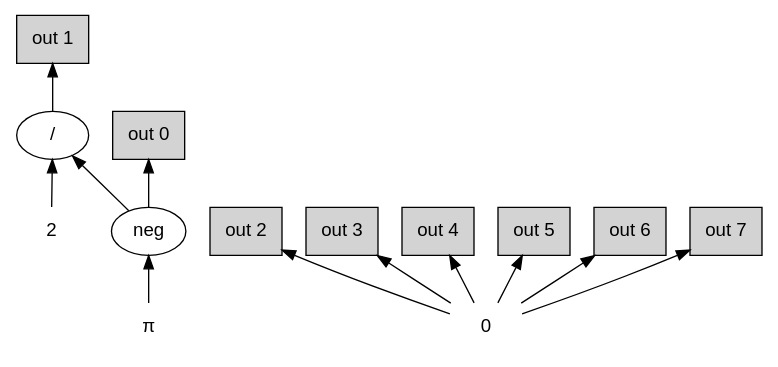
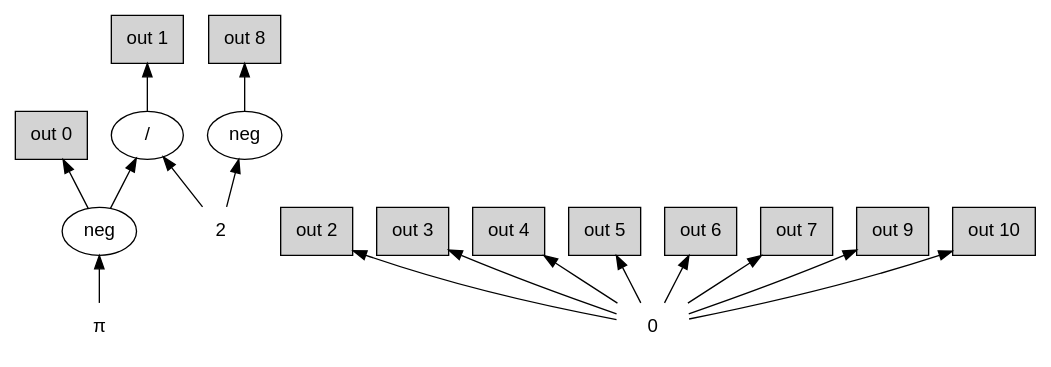
The diagram in tutorials/hashemi_ccc/dot/obsLo.dot (faezs/ARTIST), drawn with Graphviz before and after one commit. The commit also changed 106 other files, not shown here.

```diff
--- a/tutorials/hashemi_ccc/dot/obsLo.dot
+++ b/tutorials/hashemi_ccc/dot/obsLo.dot
@@ -1,19 +1,24 @@
 digraph "TandoorHashemi.obsLo" {
   rankdir=BT;
   node [fontname=Helvetica];
   n0 [label="π", shape=plaintext];
   n1 [label="neg", shape=ellipse];
   n0 -> n1;
   n2 [label="2", shape=plaintext];
   n3 [label="/", shape=ellipse];
   n1 -> n3; n2 -> n3;
   n4 [label="0", shape=plaintext];
+  n5 [label="neg", shape=ellipse];
+  n2 -> n5;
   out0 [label="out 0", shape=box, style=filled, fillcolor=lightgrey]; n1 -> out0;
   out1 [label="out 1", shape=box, style=filled, fillcolor=lightgrey]; n3 -> out1;
   out2 [label="out 2", shape=box, style=filled, fillcolor=lightgrey]; n4 -> out2;
   out3 [label="out 3", shape=box, style=filled, fillcolor=lightgrey]; n4 -> out3;
   out4 [label="out 4", shape=box, style=filled, fillcolor=lightgrey]; n4 -> out4;
   out5 [label="out 5", shape=box, style=filled, fillcolor=lightgrey]; n4 -> out5;
   out6 [label="out 6", shape=box, style=filled, fillcolor=lightgrey]; n4 -> out6;
   out7 [label="out 7", shape=box, style=filled, fillcolor=lightgrey]; n4 -> out7;
+  out8 [label="out 8", shape=box, style=filled, fillcolor=lightgrey]; n5 -> out8;
+  out9 [label="out 9", shape=box, style=filled, fillcolor=lightgrey]; n4 -> out9;
+  out10 [label="out 10", shape=box, style=filled, fillcolor=lightgrey]; n4 -> out10;
 }
```
